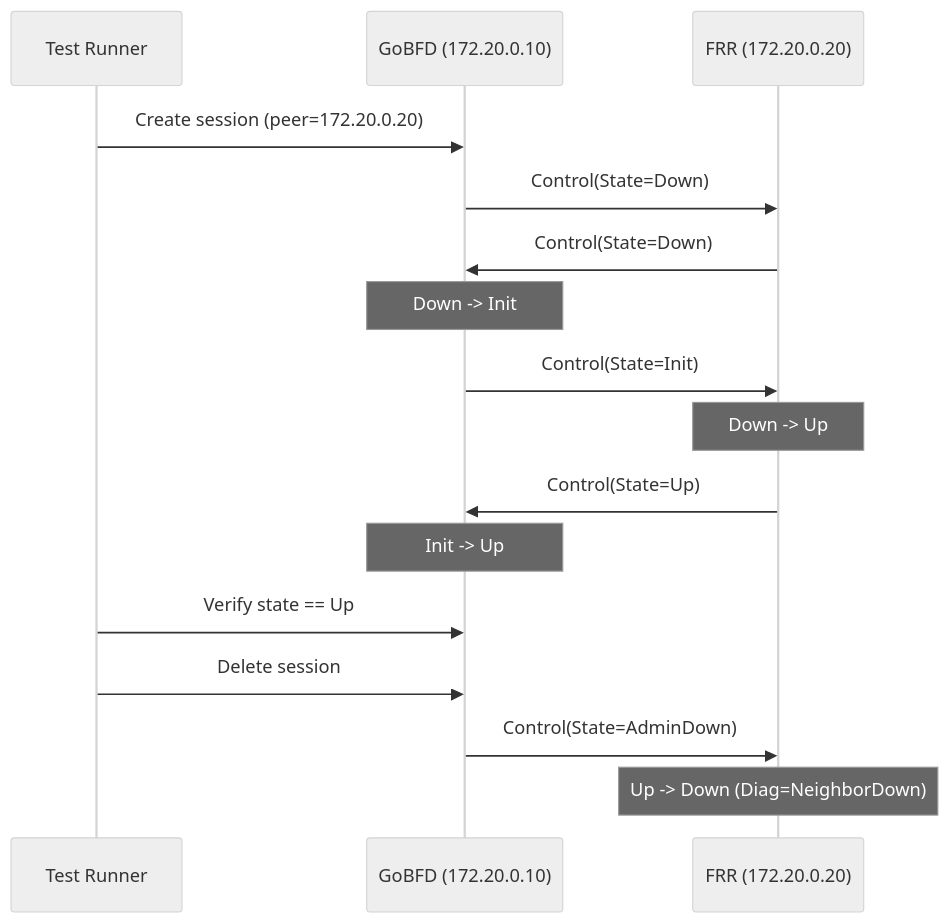
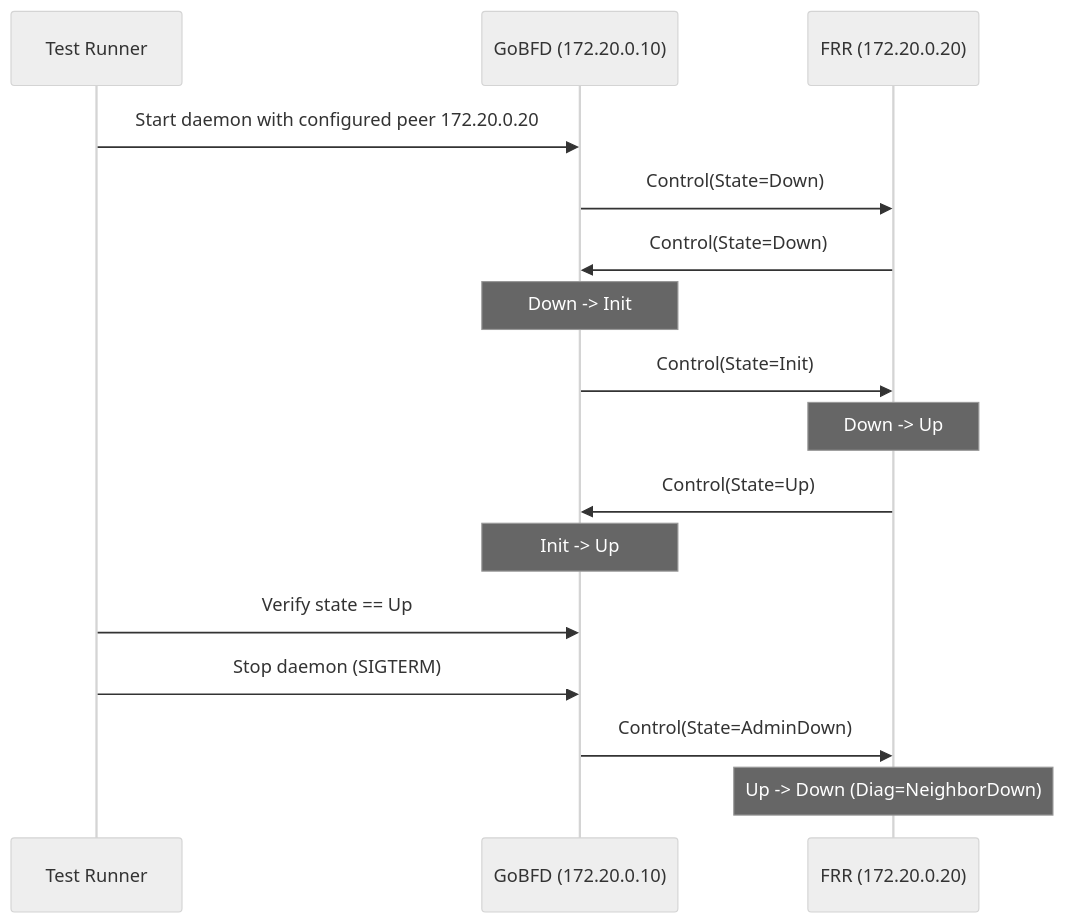
Before and after one commit to dantte-lp/gobfd: the second of 5 diagrams in docs/en/05-interop.md, drawn with Mermaid (neutral theme). The commit also changed other lines of this file and 24 other files, not shown here.

````diff
--- a/docs/en/05-interop.md
+++ b/docs/en/05-interop.md
@@ -363,19 +363,19 @@
 ```mermaid
 sequenceDiagram
     participant T as Test Runner
     participant G as GoBFD (172.20.0.10)
     participant F as FRR (172.20.0.20)
 
-    T->>G: Create session (peer=172.20.0.20)
+    T->>G: Start daemon with configured peer 172.20.0.20
     G->>F: Control(State=Down)
     F->>G: Control(State=Down)
     Note over G: Down -> Init
     G->>F: Control(State=Init)
     Note over F: Down -> Up
     F->>G: Control(State=Up)
     Note over G: Init -> Up
     T->>G: Verify state == Up
-    T->>G: Delete session
+    T->>G: Stop daemon (SIGTERM)
     G->>F: Control(State=AdminDown)
     Note over F: Up -> Down (Diag=NeighborDown)
 ```
````
